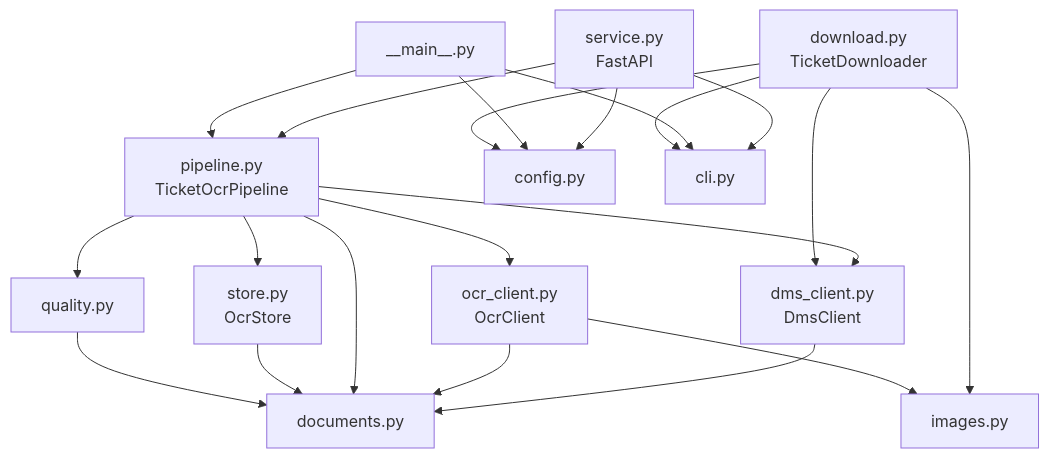
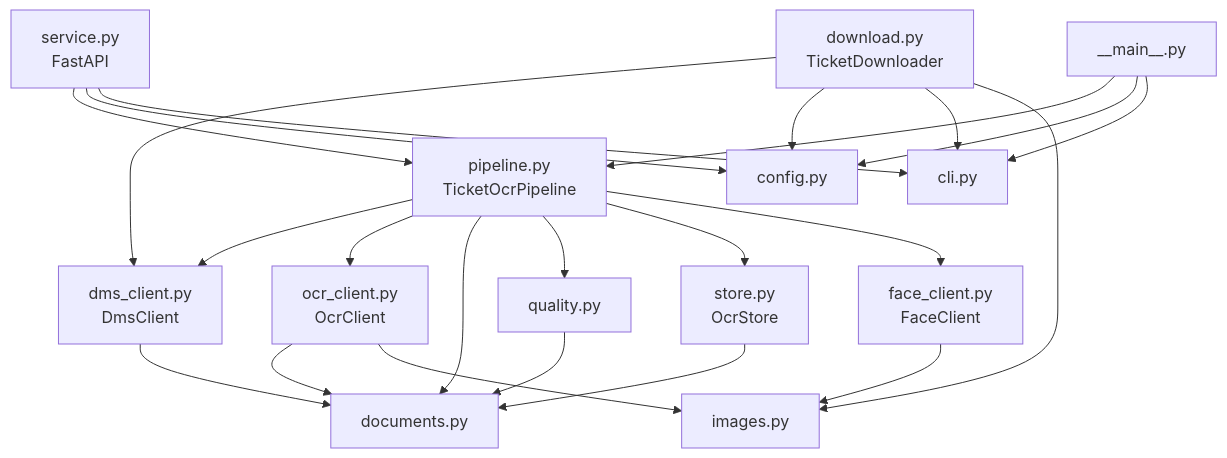
The second of 2 diagrams in README.md (sivi-shahab/API-Microsite), drawn with Mermaid before and after one commit. The commit also changed other lines of this file and 7 other files, not shown here.

````diff
--- a/README.md
+++ b/README.md
@@ -554,23 +576,25 @@
 ```mermaid
 flowchart TD
     service["service.py<br/>FastAPI"] --> pipeline["pipeline.py<br/>TicketOcrPipeline"]
     service --> config
     service --> cli
     main["__main__.py"] --> pipeline
     main --> config["config.py"]
     pipeline --> dms["dms_client.py<br/>DmsClient"]
     pipeline --> ocr["ocr_client.py<br/>OcrClient"]
     main --> cli["cli.py"]
     download["download.py<br/>TicketDownloader"] --> dms
     download --> config
     download --> cli
     download --> images["images.py"]
     dms --> docs["documents.py"]
     ocr --> docs
     ocr --> images
     pipeline --> docs
     pipeline --> quality["quality.py"]
     pipeline --> store["store.py<br/>OcrStore"]
+    pipeline --> face["face_client.py<br/>FaceClient"]
+    face --> images
     store --> docs
     quality --> docs
 ```
````
